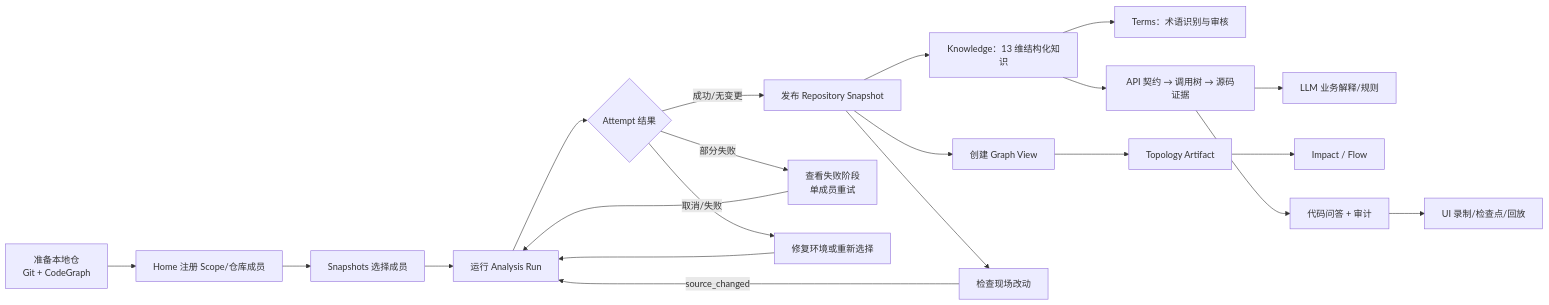
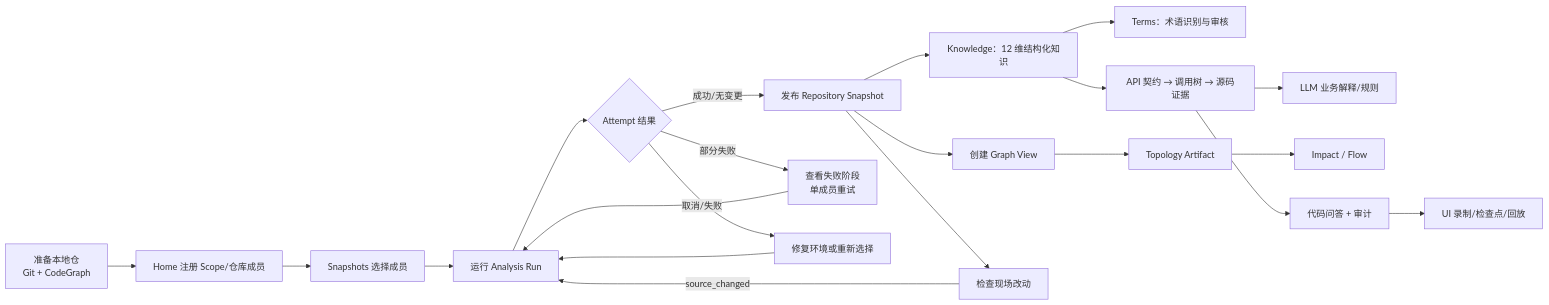
One commit to wenxueliu/codeevolution changed the second of 2 diagrams in docs/prd.md. Above: the diagram before and after it, drawn with Mermaid. The commit also changed other lines of this file and 23 other files, not shown here.

````diff
--- a/docs/prd.md
+++ b/docs/prd.md
@@ -119,23 +119,23 @@
 ```mermaid
 flowchart LR
     A[准备本地仓\nGit + CodeGraph] --> B[Home 注册 Scope/仓库成员]
     B --> C[Snapshots 选择成员]
     C --> D[运行 Analysis Run]
     D --> E{Attempt 结果}
     E -->|成功/无变更| F[发布 Repository Snapshot]
     E -->|部分失败| G[查看失败阶段\n单成员重试]
     G --> D
     E -->|取消/失败| H[修复环境或重新选择]
     H --> D
     F --> I[创建 Graph View]
-    F --> J[Knowledge：13 维结构化知识]
+    F --> J[Knowledge：12 维结构化知识]
     J --> R[Terms：术语识别与审核]
     J --> K[API 契约 → 调用树 → 源码证据]
     K --> L[LLM 业务解释/规则]
     I --> M[Topology Artifact]
     M --> N[Impact / Flow]
     K --> O[代码问答 + 审计]
     O --> P[UI 录制/检查点/回放]
     F --> Q[检查现场改动]
     Q -->|source_changed| D
 ```
````
